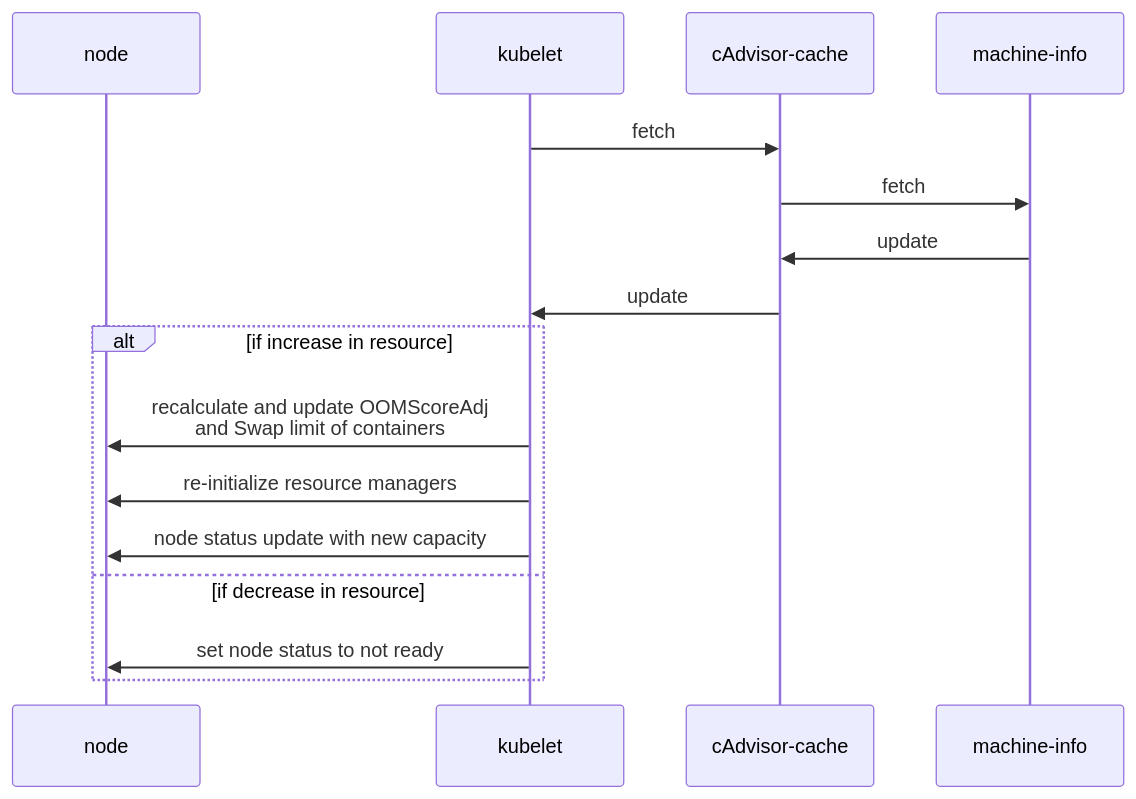
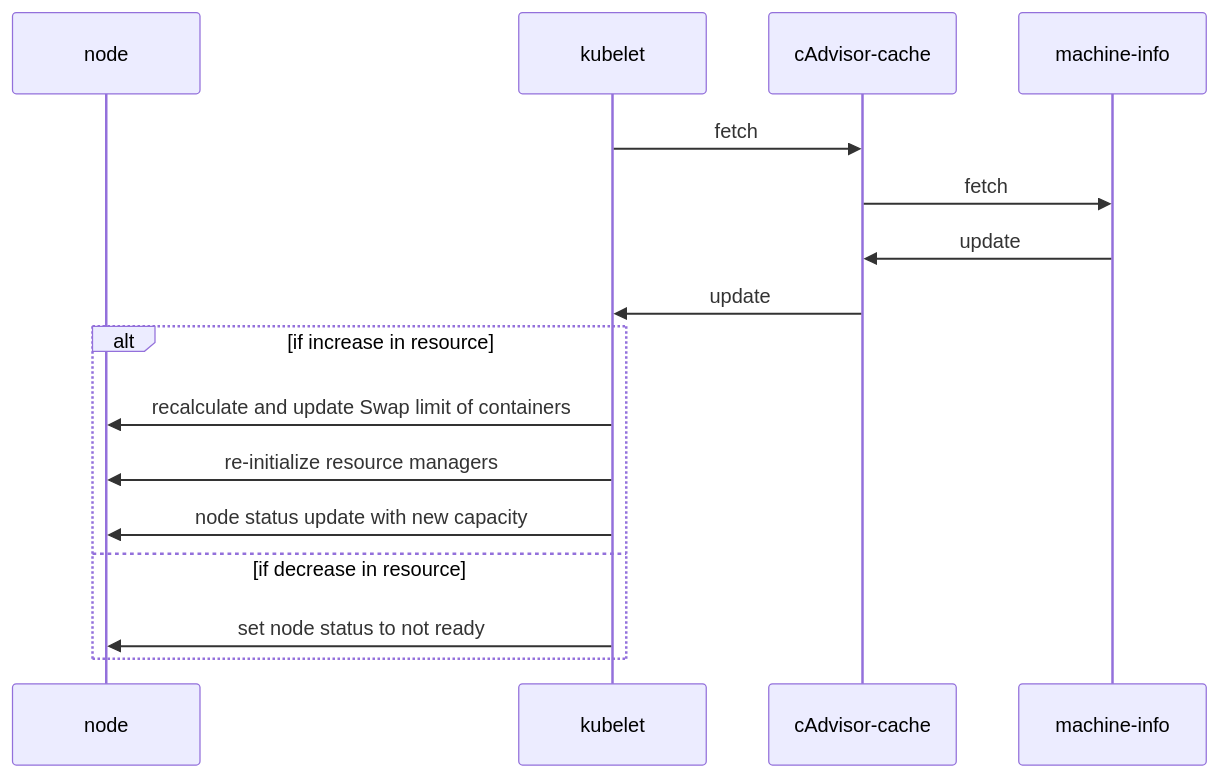
The diagram in keps/sig-node/3953-node-resource-hot-plug/README.md (kubernetes/enhancements), drawn with Mermaid before and after one commit. The commit also changed other lines of this file, not shown here.

Commit message:
Update OOMScoreAdj formula

````diff
--- a/keps/sig-node/3953-node-resource-hot-plug/README.md
+++ b/keps/sig-node/3953-node-resource-hot-plug/README.md
@@ -227,18 +232,18 @@
 ```mermaid
 sequenceDiagram
     participant node
     participant kubelet
     participant cAdvisor-cache
     participant machine-info
     kubelet->>cAdvisor-cache: fetch
     cAdvisor-cache->>machine-info: fetch
     machine-info->>cAdvisor-cache: update
     cAdvisor-cache->>kubelet: update
     alt if increase in resource
-    kubelet->>node: recalculate and update OOMScoreAdj <br> and Swap limit of containers
+    kubelet->>node: recalculate and update Swap limit of containers
     kubelet->>node: re-initialize resource managers
     kubelet->>node: node status update with new capacity
     else if decrease in resource
     kubelet->>node: set node status to not ready
     end
 ```
````
